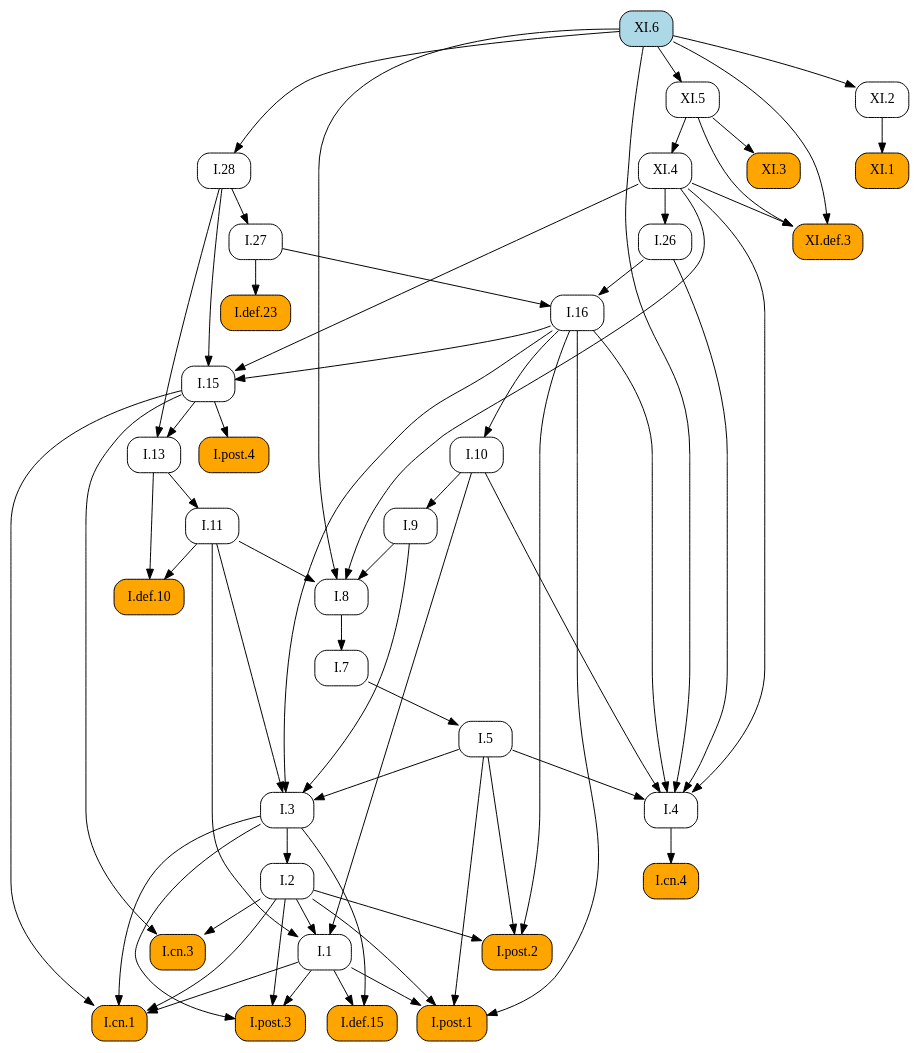
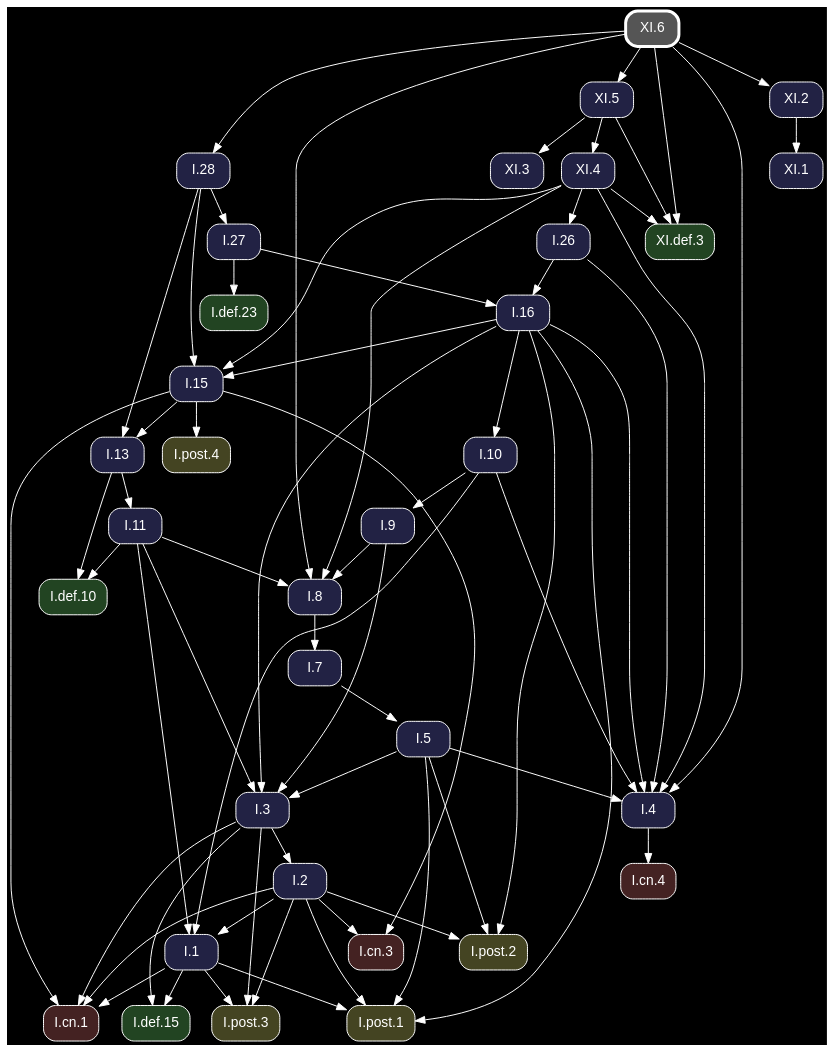
Before and after one commit to geometor/elements: the diagram in docsrc/heath/XI/6/index.rst, drawn with Graphviz. The commit also changed other lines of this file and 1200 other files, not shown here.

Commit message:
update dependency graphs

```diff
--- a/docsrc/heath/XI/6/index.rst
+++ b/docsrc/heath/XI/6/index.rst
@@ -47,60 +47,43 @@
 .. graphviz::
 
    digraph {
+     bgcolor="black";
+     node [shape=box, style="rounded,filled", fontname="Helvetica", color="white", fontcolor="white"];
+     edge [color="white", fontcolor="white"];
      rankdir="TB";
-     node [shape=box, style=rounded];
-     "I.9" [URL="/heath/I/9/", target="_top"];
-     "XI.4" [URL="/heath/XI/4/", target="_top"];
-     "I.def.15" [style="rounded,filled", fillcolor=orange, URL="/heath/I/def.15/", target="_top"];
-     "XI.6" [style="rounded,filled", fillcolor=lightblue, URL="/heath/XI/6/", target="_top"];
-     "I.post.3" [style="rounded,filled", fillcolor=orange, URL="/heath/I/post.3/", target="_top"];
-     "I.post.1" [style="rounded,filled", fillcolor=orange, URL="/heath/I/post.1/", target="_top"];
-     "XI.3" [style="rounded,filled", fillcolor=orange, URL="/heath/XI/3/", target="_top"];
-     "I.def.10" [style="rounded,filled", fillcolor=orange, URL="/heath/I/def.10/", target="_top"];
-     "XI.def.3" [style="rounded,filled", fillcolor=orange, URL="/heath/XI/def.3/", target="_top"];
-     "I.27" [URL="/heath/I/27/", target="_top"];
-     "XI.2" [URL="/heath/XI/2/", target="_top"];
-     "I.3" [URL="/heath/I/3/", target="_top"];
-     "I.cn.1" [style="rounded,filled", fillcolor=orange, URL="/heath/I/cn.1/", target="_top"];
-     "I.7" [URL="/heath/I/7/", target="_top"];
-     "I.2" [URL="/heath/I/2/", target="_top"];
-     "I.13" [URL="/heath/I/13/", target="_top"];
-     "I.post.4" [style="rounded,filled", fillcolor=orange, URL="/heath/I/post.4/", target="_top"];
-     "I.4" [URL="/heath/I/4/", target="_top"];
-     "I.1" [URL="/heath/I/1/", target="_top"];
-     "I.5" [URL="/heath/I/5/", target="_top"];
-     "I.8" [URL="/heath/I/8/", target="_top"];
-     "I.cn.3" [style="rounded,filled", fillcolor=orange, URL="/heath/I/cn.3/", target="_top"];
-     "XI.5" [URL="/heath/XI/5/", target="_top"];
-     "I.16" [URL="/heath/I/16/", target="_top"];
-     "I.15" [URL="/heath/I/15/", target="_top"];
-     "I.10" [URL="/heath/I/10/", target="_top"];
-     "I.11" [URL="/heath/I/11/", target="_top"];
-     "I.def.23" [style="rounded,filled", fillcolor=orange, URL="/heath/I/def.23/", target="_top"];
-     "I.28" [URL="/heath/I/28/", target="_top"];
-     "I.cn.4" [style="rounded,filled", fillcolor=orange, URL="/heath/I/cn.4/", target="_top"];
-     "XI.1" [style="rounded,filled", fillcolor=orange, URL="/heath/XI/1/", target="_top"];
-     "I.post.2" [style="rounded,filled", fillcolor=orange, URL="/heath/I/post.2/", target="_top"];
-     "I.26" [URL="/heath/I/26/", target="_top"];
-     "I.10" -> "I.9";
-     "XI.5" -> "XI.4";
-     "I.1" -> "I.def.15";
-     "I.3" -> "I.def.15";
-     "I.1" -> "I.post.3";
-     "I.2" -> "I.post.3";
-     "I.3" -> "I.post.3";
-     "I.1" -> "I.post.1";
-     "I.2" -> "I.post.1";
-     "I.5" -> "I.post.1";
-     "I.16" -> "I.post.1";
-     "XI.5" -> "XI.3";
-     "I.11" -> "I.def.10";
-     "I.13" -> "I.def.10";
-     "XI.4" -> "XI.def.3";
-     "XI.5" -> "XI.def.3";
-     "XI.6" -> "XI.def.3";
-     "I.28" -> "I.27";
-     "XI.6" -> "XI.2";
+     "I.3" [fillcolor="#222244", URL="/heath/I/3/", target="_top"];
+     "I.cn.1" [fillcolor="#442222", URL="/heath/I/cn.1/", target="_top"];
+     "XI.def.3" [fillcolor="#224422", URL="/heath/XI/def.3/", target="_top"];
+     "I.def.10" [fillcolor="#224422", URL="/heath/I/def.10/", target="_top"];
+     "I.15" [fillcolor="#222244", URL="/heath/I/15/", target="_top"];
+     "XI.5" [fillcolor="#222244", URL="/heath/XI/5/", target="_top"];
+     "I.28" [fillcolor="#222244", URL="/heath/I/28/", target="_top"];
+     "I.13" [fillcolor="#222244", URL="/heath/I/13/", target="_top"];
+     "I.27" [fillcolor="#222244", URL="/heath/I/27/", target="_top"];
+     "I.2" [fillcolor="#222244", URL="/heath/I/2/", target="_top"];
+     "XI.3" [fillcolor="#222244", URL="/heath/XI/3/", target="_top"];
+     "XI.1" [fillcolor="#222244", URL="/heath/XI/1/", target="_top"];
+     "I.9" [fillcolor="#222244", URL="/heath/I/9/", target="_top"];
+     "I.1" [fillcolor="#222244", URL="/heath/I/1/", target="_top"];
+     "I.post.4" [fillcolor="#444422", URL="/heath/I/post.4/", target="_top"];
+     "I.26" [fillcolor="#222244", URL="/heath/I/26/", target="_top"];
+     "I.8" [fillcolor="#222244", URL="/heath/I/8/", target="_top"];
+     "I.4" [fillcolor="#222244", URL="/heath/I/4/", target="_top"];
+     "I.7" [fillcolor="#222244", URL="/heath/I/7/", target="_top"];
+     "I.5" [fillcolor="#222244", URL="/heath/I/5/", target="_top"];
+     "I.10" [fillcolor="#222244", URL="/heath/I/10/", target="_top"];
+     "I.post.1" [fillcolor="#444422", URL="/heath/I/post.1/", target="_top"];
+     "I.11" [fillcolor="#222244", URL="/heath/I/11/", target="_top"];
+     "I.16" [fillcolor="#222244", URL="/heath/I/16/", target="_top"];
+     "I.cn.3" [fillcolor="#442222", URL="/heath/I/cn.3/", target="_top"];
+     "I.post.2" [fillcolor="#444422", URL="/heath/I/post.2/", target="_top"];
+     "I.cn.4" [fillcolor="#442222", URL="/heath/I/cn.4/", target="_top"];
+     "I.def.23" [fillcolor="#224422", URL="/heath/I/def.23/", target="_top"];
+     "I.post.3" [fillcolor="#444422", URL="/heath/I/post.3/", target="_top"];
+     "I.def.15" [fillcolor="#224422", URL="/heath/I/def.15/", target="_top"];
+     "XI.4" [fillcolor="#222244", URL="/heath/XI/4/", target="_top"];
+     "XI.2" [fillcolor="#222244", URL="/heath/XI/2/", target="_top"];
+     "XI.6" [penwidth=3, color="white", fillcolor="#555555", URL="/heath/XI/6/", target="_top"];
      "I.5" -> "I.3";
      "I.9" -> "I.3";
      "I.11" -> "I.3";
@@ -109,41 +92,60 @@
      "I.2" -> "I.cn.1";
      "I.3" -> "I.cn.1";
      "I.15" -> "I.cn.1";
-     "I.8" -> "I.7";
-     "I.3" -> "I.2";
+     "XI.4" -> "XI.def.3";
+     "XI.5" -> "XI.def.3";
+     "XI.6" -> "XI.def.3";
+     "I.11" -> "I.def.10";
+     "I.13" -> "I.def.10";
+     "I.16" -> "I.15";
+     "I.28" -> "I.15";
+     "XI.4" -> "I.15";
+     "XI.6" -> "XI.5";
+     "XI.6" -> "I.28";
      "I.15" -> "I.13";
      "I.28" -> "I.13";
+     "I.28" -> "I.27";
+     "I.3" -> "I.2";
+     "XI.5" -> "XI.3";
+     "XI.2" -> "XI.1";
+     "I.10" -> "I.9";
+     "I.2" -> "I.1";
+     "I.10" -> "I.1";
+     "I.11" -> "I.1";
      "I.15" -> "I.post.4";
+     "XI.4" -> "I.26";
+     "I.9" -> "I.8";
+     "I.11" -> "I.8";
+     "XI.4" -> "I.8";
+     "XI.6" -> "I.8";
      "I.5" -> "I.4";
      "I.10" -> "I.4";
      "I.16" -> "I.4";
      "I.26" -> "I.4";
      "XI.4" -> "I.4";
      "XI.6" -> "I.4";
-     "I.2" -> "I.1";
-     "I.10" -> "I.1";
-     "I.11" -> "I.1";
+     "I.8" -> "I.7";
      "I.7" -> "I.5";
-     "I.9" -> "I.8";
-     "I.11" -> "I.8";
-     "XI.4" -> "I.8";
-     "XI.6" -> "I.8";
+     "I.16" -> "I.10";
+     "I.1" -> "I.post.1";
+     "I.2" -> "I.post.1";
+     "I.5" -> "I.post.1";
+     "I.16" -> "I.post.1";
+     "I.13" -> "I.11";
+     "I.26" -> "I.16";
+     "I.27" -> "I.16";
      "I.2" -> "I.cn.3";
      "I.15" -> "I.cn.3";
-     "XI.6" -> "XI.5";
-     "I.26" -> "I.16";
-     "I.27" -> "I.16";
-     "I.16" -> "I.15";
-     "I.28" -> "I.15";
-     "XI.4" -> "I.15";
-     "I.16" -> "I.10";
-     "I.13" -> "I.11";
-     "I.27" -> "I.def.23";
-     "XI.6" -> "I.28";
-     "I.4" -> "I.cn.4";
-     "XI.2" -> "XI.1";
      "I.2" -> "I.post.2";
      "I.5" -> "I.post.2";
      "I.16" -> "I.post.2";
-     "XI.4" -> "I.26";
+     "I.4" -> "I.cn.4";
+     "I.27" -> "I.def.23";
+     "I.1" -> "I.post.3";
+     "I.2" -> "I.post.3";
+     "I.3" -> "I.post.3";
+     "I.1" -> "I.def.15";
+     "I.3" -> "I.def.15";
+     "XI.5" -> "XI.4";
+     "XI.6" -> "XI.2";
    }
```
